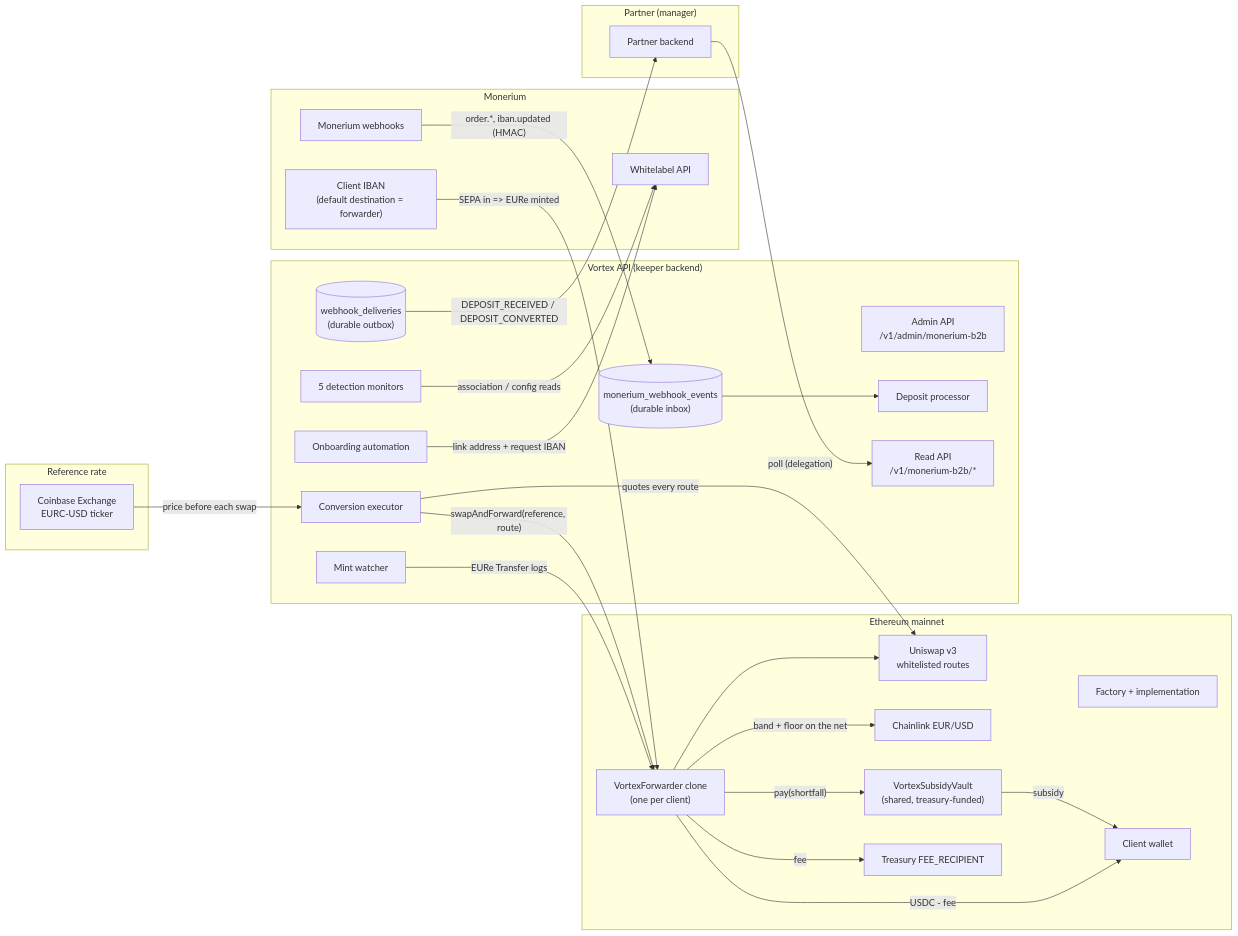
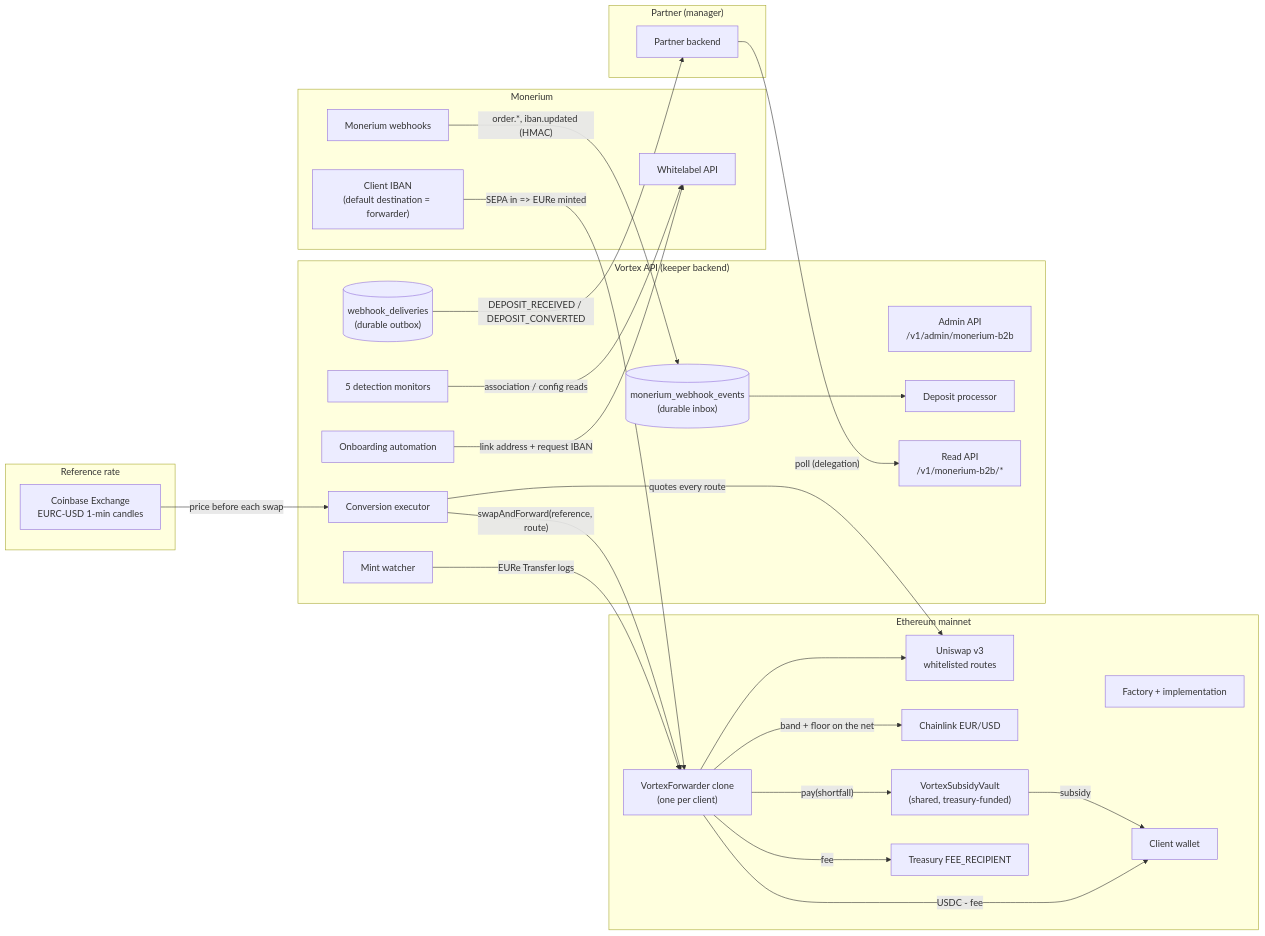
One commit to pendulum-chain/vortex changed the first of 8 diagrams in docs/architecture-monerium-b2b-onramp.md. Above: the diagram before and after it, drawn with Mermaid. The commit also changed other lines of this file and 8 other files, not shown here.

````diff
--- a/docs/architecture-monerium-b2b-onramp.md
+++ b/docs/architecture-monerium-b2b-onramp.md
@@ -37,56 +37,56 @@
 ```mermaid
 flowchart LR
     subgraph Partner["Partner (manager)"]
         PAPI[Partner backend]
     end
 
     subgraph Monerium
         IBAN["Client IBAN\n(default destination = forwarder)"]
         MAPI[Whitelabel API]
         MWH[Monerium webhooks]
     end
 
     subgraph Chain["Ethereum mainnet"]
         FWD["VortexForwarder clone\n(one per client)"]
         FACT[Factory + implementation]
         UNI[Uniswap v3\nwhitelisted routes]
         LINK[Chainlink EUR/USD]
         VAULT["VortexSubsidyVault\n(shared, treasury-funded)"]
         DEST[Client wallet]
         TREAS[Treasury FEE_RECIPIENT]
     end
 
     subgraph Reference["Reference rate"]
-        CB[Coinbase Exchange\nEURC-USD ticker]
+        CB[Coinbase Exchange\nEURC-USD 1-min candles]
     end
 
     subgraph Vortex["Vortex API (keeper backend)"]
         ADM["Admin API\n/v1/admin/monerium-b2b"]
         INBOX[("monerium_webhook_events\n(durable inbox)")]
         DP[Deposit processor]
         MW[Mint watcher]
         CE[Conversion executor]
         ONB[Onboarding automation]
         MONI[5 detection monitors]
         OUTBOX[("webhook_deliveries\n(durable outbox)")]
         READ["Read API\n/v1/monerium-b2b/*"]
     end
 
     IBAN -- "SEPA in => EURe minted" --> FWD
     MWH -- "order.*, iban.updated (HMAC)" --> INBOX
     INBOX --> DP
     MW -- "EURe Transfer logs" --> FWD
     CB -- "price before each swap" --> CE
     CE -- "quotes every route" --> UNI
     CE -- "swapAndForward(reference, route)" --> FWD
     FWD --> UNI
     FWD -- "band + floor on the net" --> LINK
     FWD -- "USDC - fee" --> DEST
     FWD -- fee --> TREAS
     FWD -- "pay(shortfall)" --> VAULT
     VAULT -- subsidy --> DEST
     ONB -- "link address + request IBAN" --> MAPI
     MONI -- "association / config reads" --> MAPI
     OUTBOX -- "DEPOSIT_RECEIVED / DEPOSIT_CONVERTED" --> PAPI
     PAPI -- "poll (delegation)" --> READ
 ```
````
